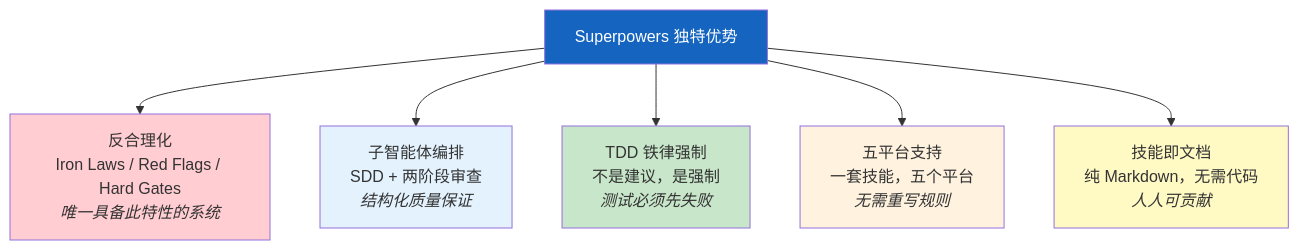
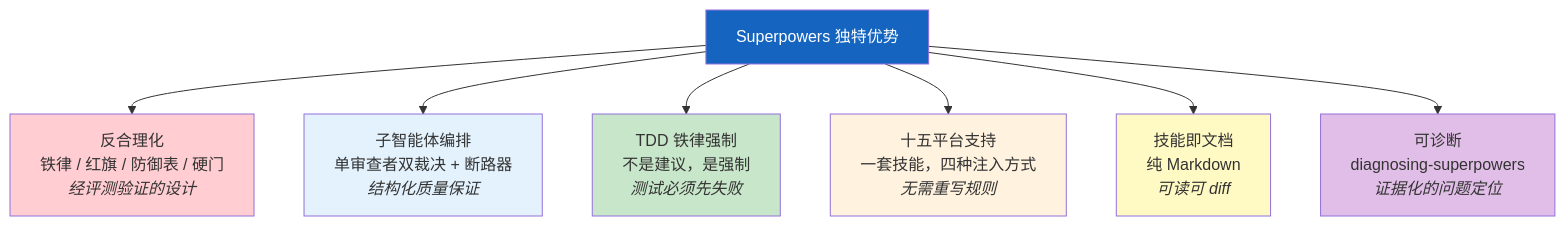
The diagram in docs/zh/10-comparison.md (yongnianliu/superpowers), drawn with Mermaid before and after one commit. The commit also changed other lines of this file and 12 other files, not shown here.

````diff
--- a/docs/zh/10-comparison.md
+++ b/docs/zh/10-comparison.md
@@ -49,17 +51,19 @@
 ```mermaid
 graph TB
     SP["Superpowers 独特优势"]
 
-    SP --> AR["反合理化<br/>Iron Laws / Red Flags / Hard Gates<br/><i>唯一具备此特性的系统</i>"]
-    SP --> SDD["子智能体编排<br/>SDD + 两阶段审查<br/><i>结构化质量保证</i>"]
+    SP --> AR["反合理化<br/>铁律 / 红旗 / 防御表 / 硬门<br/><i>经评测验证的设计</i>"]
+    SP --> SDD["子智能体编排<br/>单审查者双裁决 + 断路器<br/><i>结构化质量保证</i>"]
     SP --> TDD["TDD 铁律强制<br/>不是建议，是强制<br/><i>测试必须先失败</i>"]
-    SP --> MP["五平台支持<br/>一套技能，五个平台<br/><i>无需重写规则</i>"]
-    SP --> SD["技能即文档<br/>纯 Markdown，无需代码<br/><i>人人可贡献</i>"]
+    SP --> MP["十五平台支持<br/>一套技能，四种注入方式<br/><i>无需重写规则</i>"]
+    SP --> SD["技能即文档<br/>纯 Markdown<br/><i>可读可 diff</i>"]
+    SP --> DG["可诊断<br/>diagnosing-superpowers<br/><i>证据化的问题定位</i>"]
 
     style SP fill:#1565C0,color:#fff
     style AR fill:#FFCDD2
     style SDD fill:#E3F2FD
     style TDD fill:#C8E6C9
     style MP fill:#FFF3E0
     style SD fill:#FFF9C4
+    style DG fill:#E1BEE7
 ```
````
